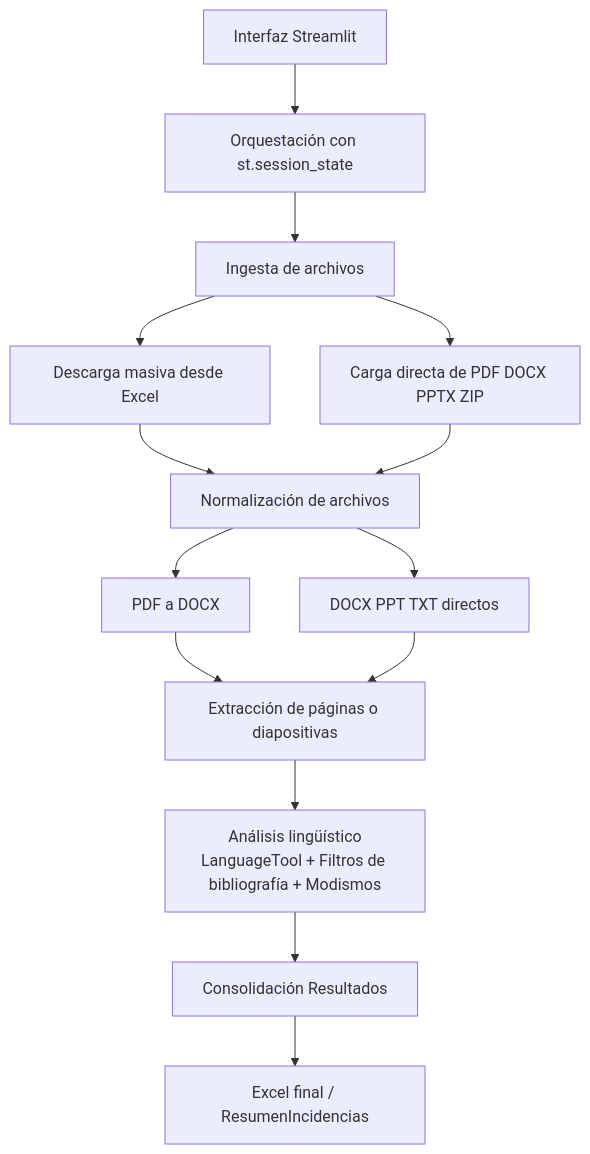
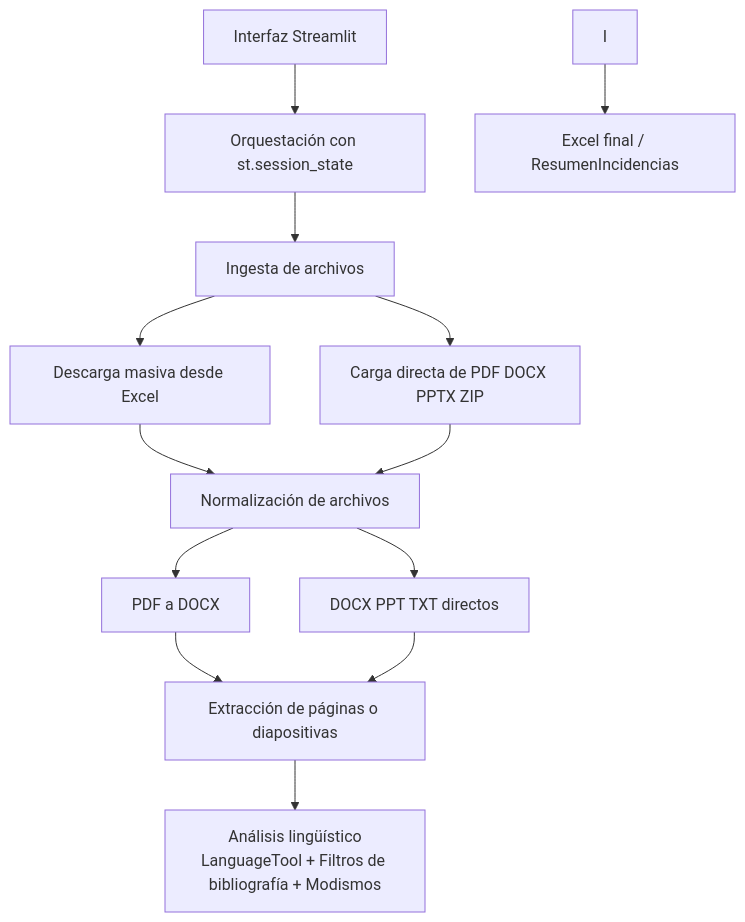
One commit to joseluisantunezcondezo/UTP_GrammarScan changed the diagram in README.md. Above: the diagram before and after it, drawn with Mermaid.

Commit message:
README.md

````diff
--- a/README.md
+++ b/README.md
@@ -140,17 +140,16 @@
 ```mermaid
 flowchart TD
     A[Interfaz Streamlit] --> B[Orquestación con st.session_state]
     B --> C[Ingesta de archivos]
     C --> D1[Descarga masiva desde Excel]
     C --> D2[Carga directa de PDF DOCX PPTX ZIP]
     D1 --> E[Normalización de archivos]
     D2 --> E
     E --> F1[PDF a DOCX]
     E --> F2[DOCX PPT TXT  directos]
     F1 --> G[Extracción de páginas o diapositivas]
     F2 --> G
     G --> H[Análisis lingüístico
 LanguageTool + Filtros de bibliografía + Modismos]
-    H --> I[Consolidación Resultados]
     I --> J[Excel final / ResumenIncidencias]
 ```
````
